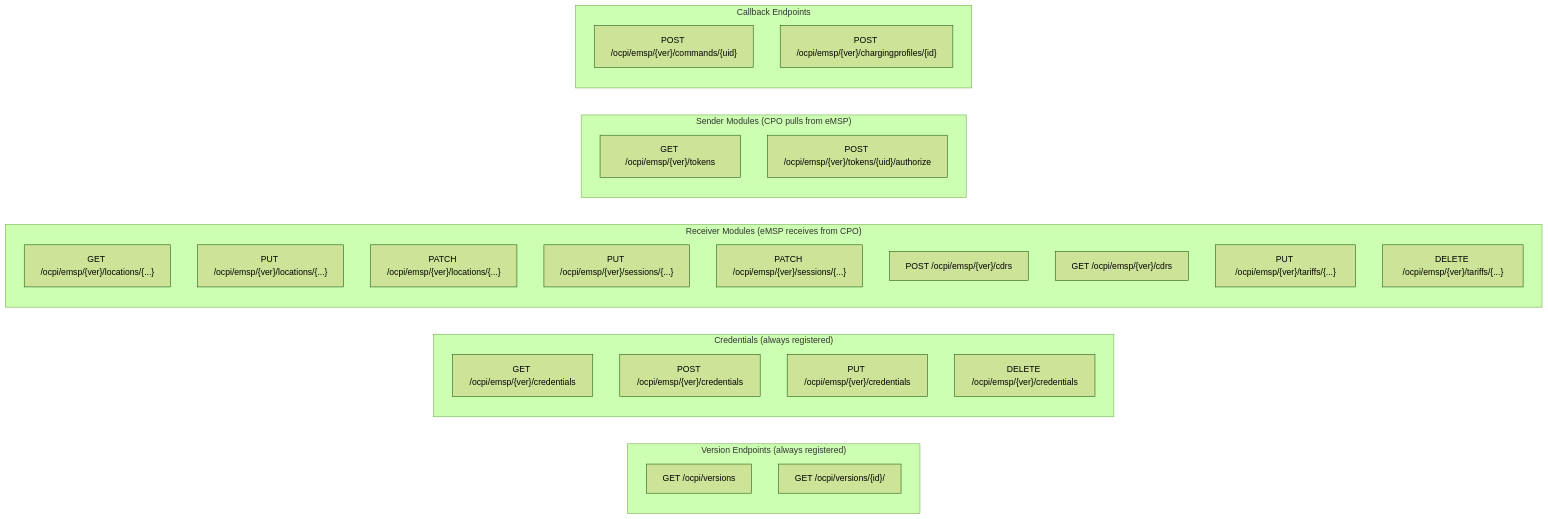
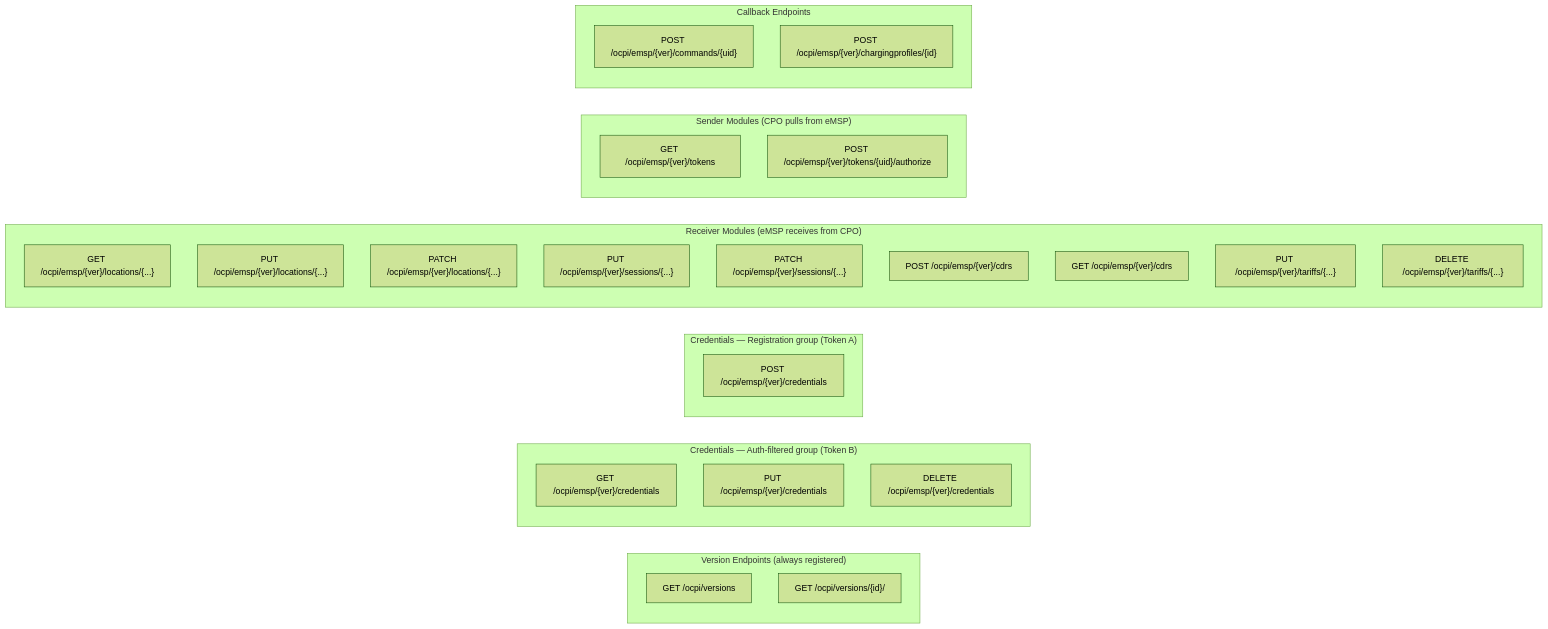
Before and after one commit to hannan-m/DotOcpi: the eighth of 34 diagrams in docs/architecture.md, drawn with Mermaid (forest theme). The commit also changed other lines of this file and 19 other files, not shown here.

First line of the commit message:
fix registration DoS: map credentials POST outside auth-filtered pipeline

````diff
--- a/docs/architecture.md
+++ b/docs/architecture.md
@@ -276,36 +292,39 @@
 ```mermaid
 graph LR
     subgraph "Version Endpoints (always registered)"
         V1["GET /ocpi/versions"]
         V2["GET /ocpi/versions/{id}/"]
     end
 
-    subgraph "Credentials (always registered)"
+    subgraph "Credentials — Auth-filtered group (Token B)"
         C1["GET /ocpi/emsp/{ver}/credentials"]
-        C2["POST /ocpi/emsp/{ver}/credentials"]
         C3["PUT /ocpi/emsp/{ver}/credentials"]
         C4["DELETE /ocpi/emsp/{ver}/credentials"]
+    end
+
+    subgraph "Credentials — Registration group (Token A)"
+        C2["POST /ocpi/emsp/{ver}/credentials"]
     end
 
     subgraph "Receiver Modules (eMSP receives from CPO)"
         L1["GET /ocpi/emsp/{ver}/locations/{...}"]
         L2["PUT /ocpi/emsp/{ver}/locations/{...}"]
         L3["PATCH /ocpi/emsp/{ver}/locations/{...}"]
         S1["PUT /ocpi/emsp/{ver}/sessions/{...}"]
         S2["PATCH /ocpi/emsp/{ver}/sessions/{...}"]
         CDR1["POST /ocpi/emsp/{ver}/cdrs"]
         CDR2["GET /ocpi/emsp/{ver}/cdrs"]
         T1["PUT /ocpi/emsp/{ver}/tariffs/{...}"]
         T2["DELETE /ocpi/emsp/{ver}/tariffs/{...}"]
     end
 
     subgraph "Sender Modules (CPO pulls from eMSP)"
         TK1["GET /ocpi/emsp/{ver}/tokens"]
         TK2["POST /ocpi/emsp/{ver}/tokens/{uid}/authorize"]
     end
 
     subgraph "Callback Endpoints"
         CMD1["POST /ocpi/emsp/{ver}/commands/{uid}"]
         CP1["POST /ocpi/emsp/{ver}/chargingprofiles/{id}"]
     end
 ```
````
